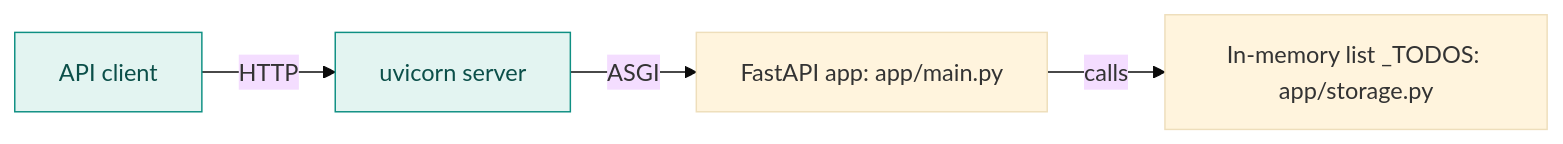
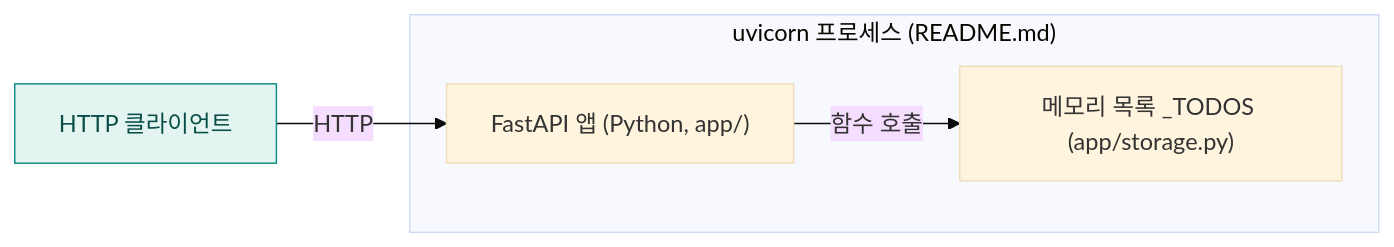
Before and after one commit to hxxnn/codemap: the second of 3 diagrams in examples/python-todo-api/docs/codemap/architecture.md, drawn with Mermaid (base theme). The commit also changed other lines of this file and 44 other files, not shown here.

````diff
--- a/examples/python-todo-api/docs/codemap/architecture.md
+++ b/examples/python-todo-api/docs/codemap/architecture.md
@@ -28,11 +29,11 @@
 ```mermaid
 flowchart LR
-    client["API client"]:::external
-    server["uvicorn server"]:::external
-    app["FastAPI app: app/main.py"]
-    mem["In-memory list _TODOS: app/storage.py"]
-    client -->|"HTTP"| server
-    server -->|"ASGI"| app
-    app -->|"calls"| mem
-    classDef external fill:#E3F4F1,stroke:#0E8F83,color:#0B4F49
+  user["HTTP 클라이언트"]:::external
+  subgraph proc["uvicorn 프로세스 (README.md)"]
+    api["FastAPI 앱 (Python, app/)"]
+    mem["메모리 목록 _TODOS (app/storage.py)"]
+  end
+  user -->|"HTTP"| api
+  api -->|"함수 호출"| mem
+  classDef external fill:#E3F4F1,stroke:#0E8F83,color:#0B4F49
 ```
````
